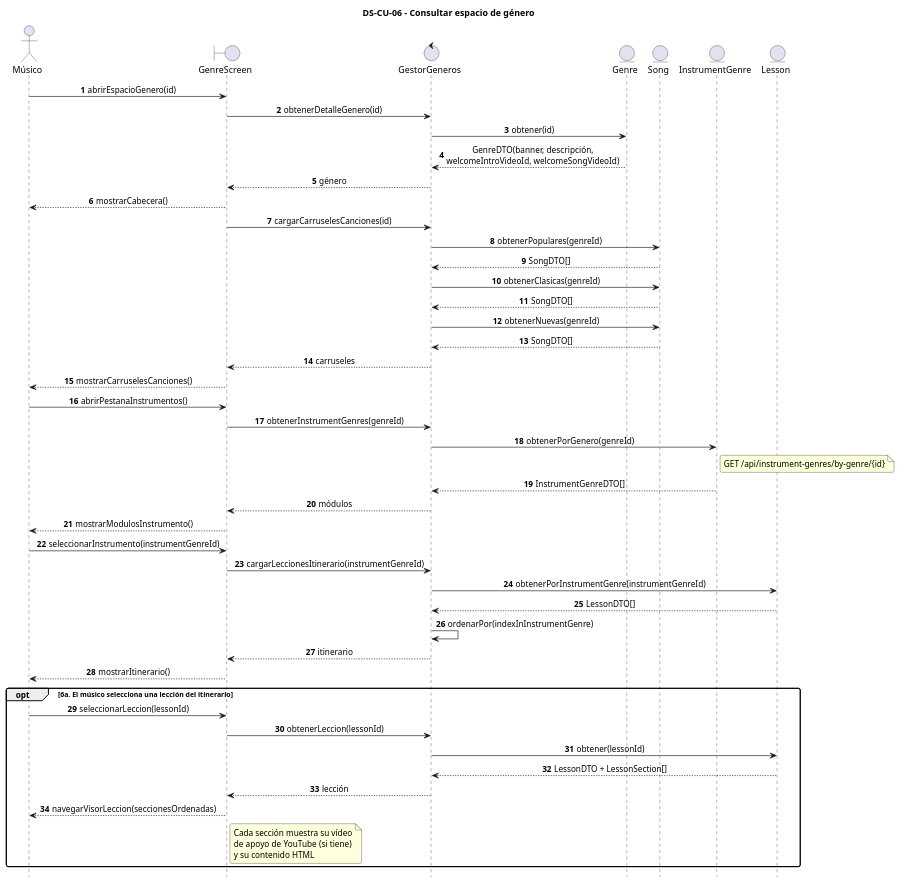
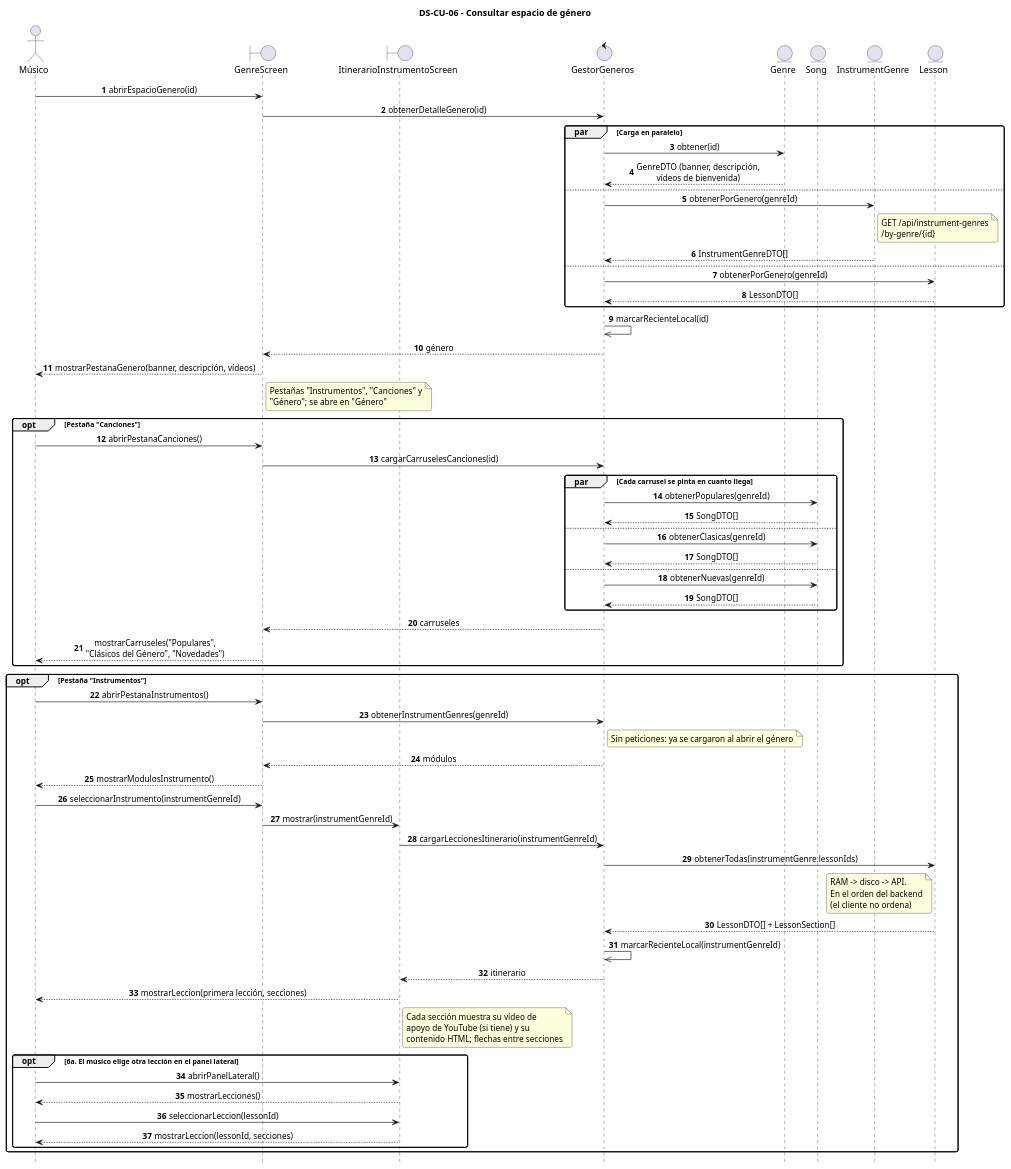
Before and after one commit to adrianmahialoredo/TFG: the diagram in diagrams/use_cases/description/CU06_consultar_genero.puml, drawn with PlantUML. The commit also changed 221 other files, not shown here.

```diff
--- a/diagrams/use_cases/description/CU06_consultar_genero.puml
+++ b/diagrams/use_cases/description/CU06_consultar_genero.puml
@@ -1,61 +1,83 @@
 @startuml DS-CU-06
 title DS-CU-06 - Consultar espacio de género
 
 ' Diagrama de secuencia de análisis (patrón Boundary-Control-Entity)
+' Fuentes: GenreMainScreen.tsx, useGenreMain.ts, GenreDescriptionScreen.tsx, GenreSongsScreen.tsx,
+' useGenreSongs.ts, GenreInstrumentsScreen.tsx, useGenreInstruments.ts,
+' InstrumentGenreLessonScreen.tsx, useInstrumentGenre.ts, useInstrumentGenreLesson.ts, useLesson.ts
 autonumber
 hide footbox
 skinparam sequenceMessageAlign center
 skinparam roundcorner 6
 
 actor "Músico" as musico
 boundary "GenreScreen" as pantalla
+boundary "ItinerarioInstrumentoScreen" as itinerario
 control "GestorGeneros" as gestor
 entity "Genre" as genre
 entity "Song" as song
 entity "InstrumentGenre" as ig
 entity "Lesson" as lesson
 
 musico -> pantalla : abrirEspacioGenero(id)
 pantalla -> gestor : obtenerDetalleGenero(id)
-gestor -> genre : obtener(id)
-genre --> gestor : GenreDTO(banner, descripción,\nwelcomeIntroVideoId, welcomeSongVideoId)
+par Carga en paralelo
+    gestor -> genre : obtener(id)
+    genre --> gestor : GenreDTO (banner, descripción,\nvídeos de bienvenida)
+else
+    gestor -> ig : obtenerPorGenero(genreId)
+    note right of ig : GET /api/instrument-genres\n/by-genre/{id}
+    ig --> gestor : InstrumentGenreDTO[]
+else
+    gestor -> lesson : obtenerPorGenero(genreId)
+    lesson --> gestor : LessonDTO[]
+end
+gestor ->> gestor : marcarRecienteLocal(id)
 gestor --> pantalla : género
-pantalla --> musico : mostrarCabecera()
+pantalla --> musico : mostrarPestanaGenero(banner, descripción, vídeos)
+note right of pantalla : Pestañas "Instrumentos", "Canciones" y\n"Género"; se abre en "Género"
 
-pantalla -> gestor : cargarCarruselesCanciones(id)
-gestor -> song : obtenerPopulares(genreId)
-song --> gestor : SongDTO[]
-gestor -> song : obtenerClasicas(genreId)
-song --> gestor : SongDTO[]
-gestor -> song : obtenerNuevas(genreId)
-song --> gestor : SongDTO[]
-gestor --> pantalla : carruseles
-pantalla --> musico : mostrarCarruselesCanciones()
+opt Pestaña "Canciones"
+    musico -> pantalla : abrirPestanaCanciones()
+    pantalla -> gestor : cargarCarruselesCanciones(id)
+    par Cada carrusel se pinta en cuanto llega
+        gestor -> song : obtenerPopulares(genreId)
+        song --> gestor : SongDTO[]
+    else
+        gestor -> song : obtenerClasicas(genreId)
+        song --> gestor : SongDTO[]
+    else
+        gestor -> song : obtenerNuevas(genreId)
+        song --> gestor : SongDTO[]
+    end
+    gestor --> pantalla : carruseles
+    pantalla --> musico : mostrarCarruseles("Populares",\n"Clásicos del Género", "Novedades")
+end
 
-musico -> pantalla : abrirPestanaInstrumentos()
-pantalla -> gestor : obtenerInstrumentGenres(genreId)
-gestor -> ig : obtenerPorGenero(genreId)
-note right of ig : GET /api/instrument-genres/by-genre/{id}
-ig --> gestor : InstrumentGenreDTO[]
-gestor --> pantalla : módulos
-pantalla --> musico : mostrarModulosInstrumento()
+opt Pestaña "Instrumentos"
+    musico -> pantalla : abrirPestanaInstrumentos()
+    pantalla -> gestor : obtenerInstrumentGenres(genreId)
+    note right of gestor : Sin peticiones: ya se cargaron al abrir el género
+    gestor --> pantalla : módulos
+    pantalla --> musico : mostrarModulosInstrumento()
 
-musico -> pantalla : seleccionarInstrumento(instrumentGenreId)
-pantalla -> gestor : cargarLeccionesItinerario(instrumentGenreId)
-gestor -> lesson : obtenerPorInstrumentGenre(instrumentGenreId)
-lesson --> gestor : LessonDTO[]
-gestor -> gestor : ordenarPor(indexInInstrumentGenre)
-gestor --> pantalla : itinerario
-pantalla --> musico : mostrarItinerario()
+    musico -> pantalla : seleccionarInstrumento(instrumentGenreId)
+    pantalla -> itinerario : mostrar(instrumentGenreId)
+    itinerario -> gestor : cargarLeccionesItinerario(instrumentGenreId)
+    gestor -> lesson : obtenerTodas(instrumentGenre.lessonIds)
+    note left of lesson : RAM -> disco -> API.\nEn el orden del backend\n(el cliente no ordena)
+    lesson --> gestor : LessonDTO[] + LessonSection[]
+    gestor ->> gestor : marcarRecienteLocal(instrumentGenreId)
+    gestor --> itinerario : itinerario
+    itinerario --> musico : mostrarLeccion(primera lección, secciones)
+    note right of itinerario : Cada sección muestra su vídeo de\napoyo de YouTube (si tiene) y su\ncontenido HTML; flechas entre secciones
 
-opt 6a. El músico selecciona una lección del itinerario
-    musico -> pantalla : seleccionarLeccion(lessonId)
-    pantalla -> gestor : obtenerLeccion(lessonId)
-    gestor -> lesson : obtener(lessonId)
-    lesson --> gestor : LessonDTO + LessonSection[]
-    gestor --> pantalla : lección
-    pantalla --> musico : navegarVisorLeccion(seccionesOrdenadas)
-    note right of pantalla : Cada sección muestra su vídeo\nde apoyo de YouTube (si tiene)\ny su contenido HTML
+    opt 6a. El músico elige otra lección en el panel lateral
+        musico -> itinerario : abrirPanelLateral()
+        itinerario --> musico : mostrarLecciones()
+        musico -> itinerario : seleccionarLeccion(lessonId)
+        itinerario --> musico : mostrarLeccion(lessonId, secciones)
+    end
 end
 
 @enduml
```
